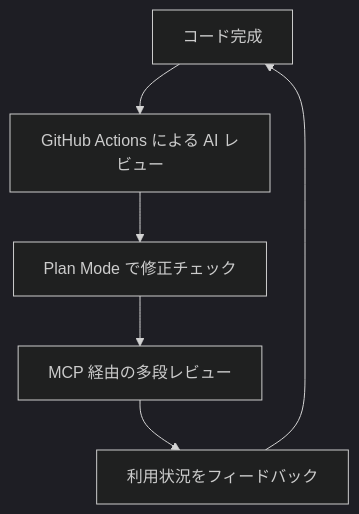
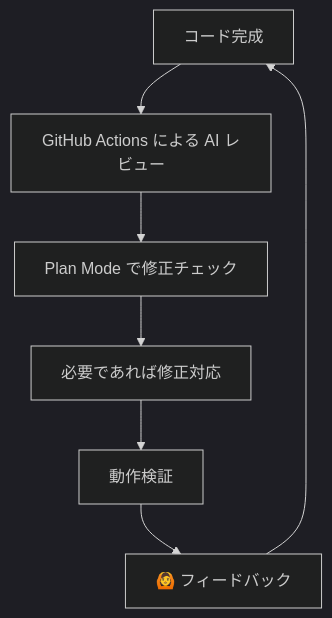
One commit to himorishige/zenn-contents changed the third of 3 diagrams in articles/hatago-with-ai-dlc.md. Above: the diagram before and after it, drawn with Mermaid (dark theme). The commit also changed other lines of this file and 1 other file, not shown here.

````diff
--- a/articles/hatago-with-ai-dlc.md
+++ b/articles/hatago-with-ai-dlc.md
@@ -91,8 +93,9 @@
 ```mermaid
 flowchart TD
   A[コード完成] --> B[GitHub Actions による AI レビュー]
   B --> C[Plan Mode で修正チェック]
-  C --> D[MCP 経由の多段レビュー]
-  D --> E[利用状況をフィードバック]
-  E --> A
+  C --> D[必要であれば修正対応]
+  D --> E[動作検証]
+  E --> F[🙆 フィードバック]
+  F --> A
 ```
````
